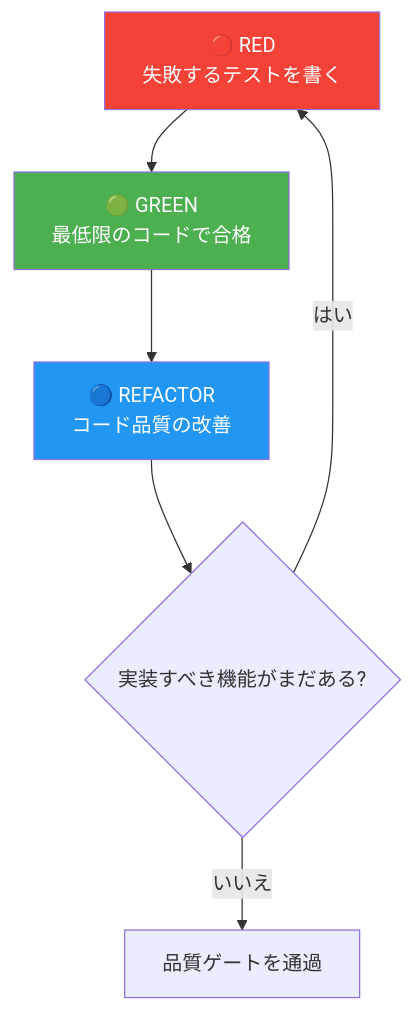
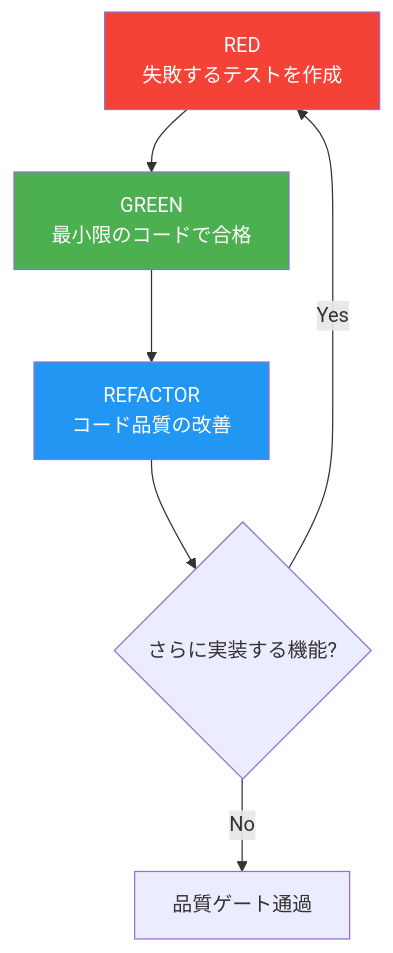
One commit to modu-ai/moai-adk changed the fourth of 9 diagrams in docs-site/content/ja/getting-started/quickstart.md. Above: the diagram before and after it, drawn with Mermaid. The commit also changed other lines of this file and 395 other files, not shown here.

````diff
--- a/docs-site/content/ja/getting-started/quickstart.md
+++ b/docs-site/content/ja/getting-started/quickstart.md
@@ -156,11 +156,11 @@
 ```mermaid
 flowchart TD
-    A["🔴 RED<br/>失敗するテストを書く"] --> B["🟢 GREEN<br/>最低限のコードで合格"]
-    B --> C["🔵 REFACTOR<br/>コード品質の改善"]
-    C --> D{"実装すべき機能がまだある?"}
-    D -->|はい| A
-    D -->|いいえ| E["品質ゲートを通過"]
+    A["RED<br/>失敗するテストを作成"] --> B["GREEN<br/>最小限のコードで合格"]
+    B --> C["REFACTOR<br/>コード品質の改善"]
+    C --> D{"さらに実装する機能?"}
+    D -->|Yes| A
+    D -->|No| E["品質ゲート通過"]
     style A fill:#f44336,color:#fff
     style B fill:#4CAF50,color:#fff
     style C fill:#2196F3,color:#fff
 ```
````
